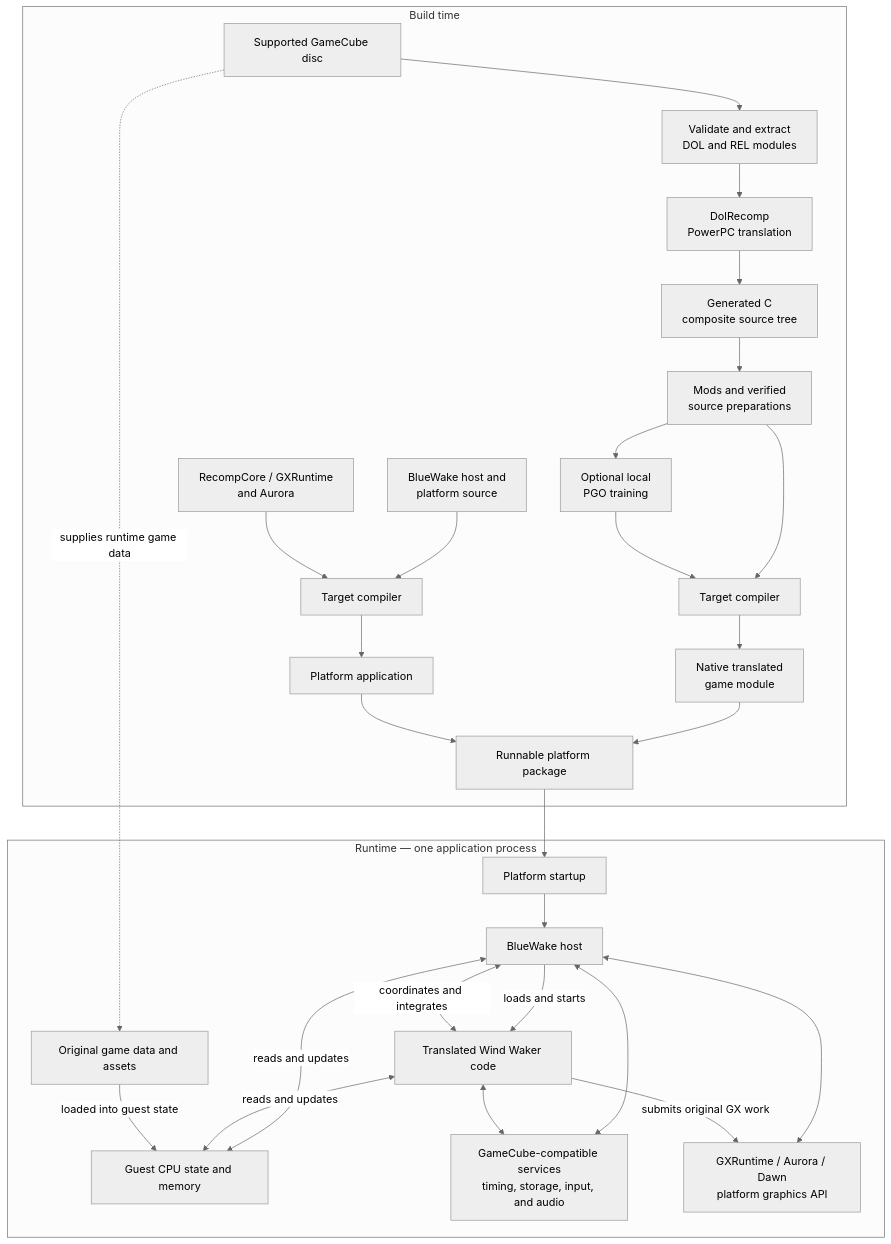
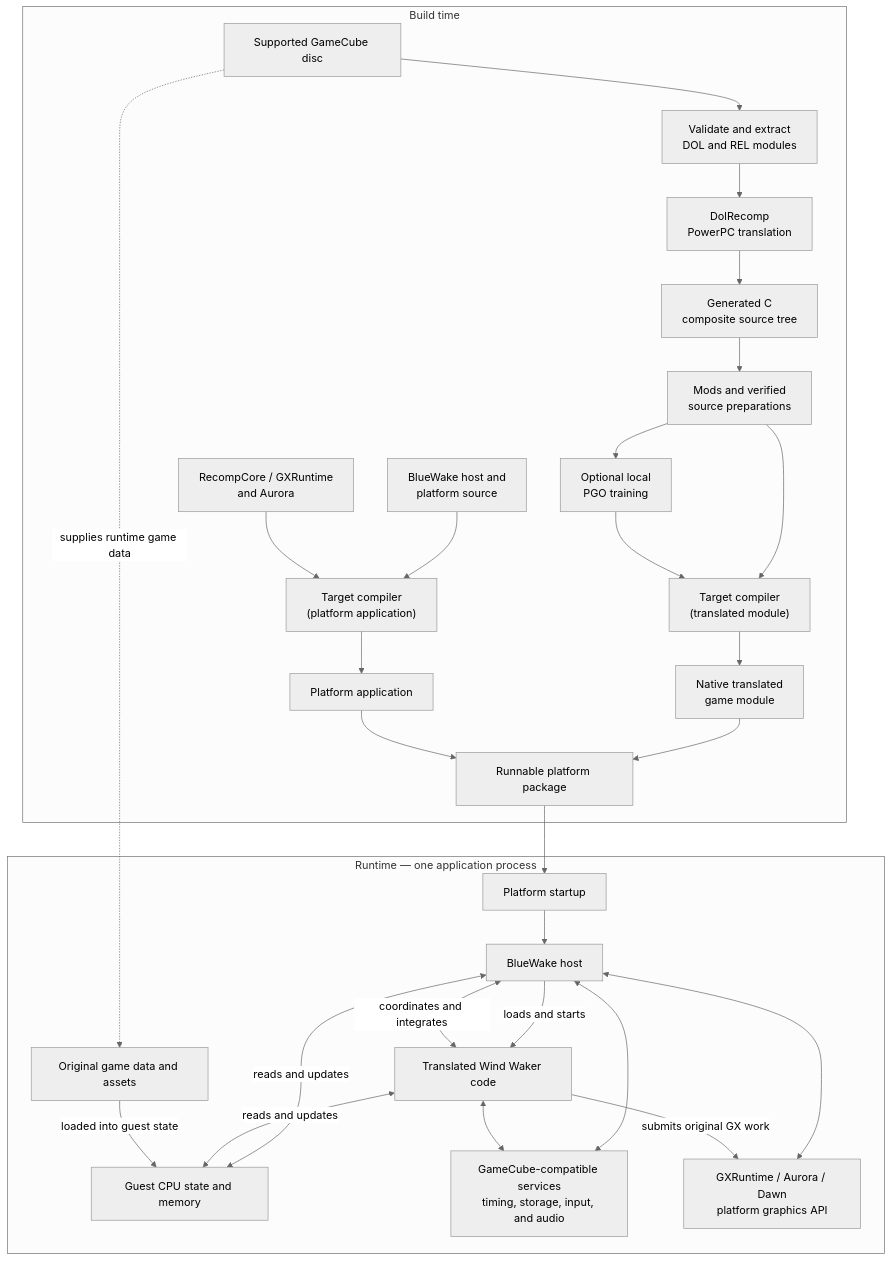
The diagram in docs/architecture/Overview.md (Aelbannan/boat_of_daphnes), drawn with Mermaid (neutral theme) before and after one commit.

Commit message:
docs: distinguish compiler targets in overview

````diff
--- a/docs/architecture/Overview.md
+++ b/docs/architecture/Overview.md
@@ -44,50 +44,50 @@
 ```mermaid
 flowchart TD
     subgraph Build["Build time"]
         Disc["Supported GameCube disc"]
         Extract["Validate and extract<br/>DOL and REL modules"]
         Translator["DolRecomp<br/>PowerPC translation"]
         Generated["Generated C<br/>composite source tree"]
         Prepared["Mods and verified<br/>source preparations"]
         Training["Optional local<br/>PGO training"]
         HostSource["BlueWake host and<br/>platform source"]
         RuntimeSource["RecompCore / GXRuntime<br/>and Aurora"]
-        GameCompiler["Target compiler"]
-        AppCompiler["Target compiler"]
+        GameCompiler["Target compiler<br/>(translated module)"]
+        AppCompiler["Target compiler<br/>(platform application)"]
         GameModule["Native translated<br/>game module"]
         Executable["Platform application"]
         Package["Runnable platform package"]
 
         Disc --> Extract --> Translator --> Generated --> Prepared --> GameCompiler --> GameModule
         Prepared --> Training --> GameCompiler
         HostSource --> AppCompiler
         RuntimeSource --> AppCompiler
         AppCompiler --> Executable
         GameModule --> Package
         Executable --> Package
     end
 
     subgraph Runtime["Runtime — one application process"]
         Startup["Platform startup"]
         Host["BlueWake host"]
         Game["Translated Wind Waker code"]
         Guest["Guest CPU state and memory"]
         Services["GameCube-compatible services<br/>timing, storage, input, and audio"]
         Graphics["GXRuntime / Aurora / Dawn<br/>platform graphics API"]
         Assets["Original game data and assets"]
 
         Startup --> Host
         Host -->|"loads and starts"| Game
         Host <-->|"coordinates and integrates"| Game
         Host <-->|"reads and updates"| Guest
         Game <-->|"reads and updates"| Guest
         Host <--> Services
         Game <--> Services
         Host <--> Graphics
         Game -->|"submits original GX work"| Graphics
         Assets -->|"loaded into guest state"| Guest
     end
 
     Package --> Startup
     Disc -. "supplies runtime game data" .-> Assets
 ```
````
